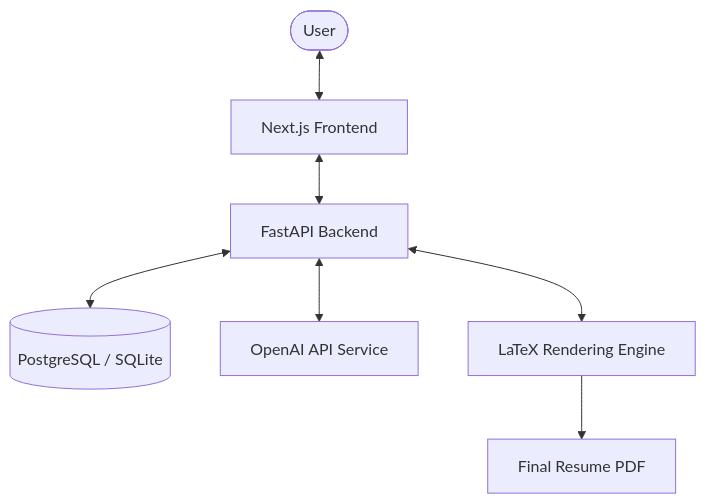
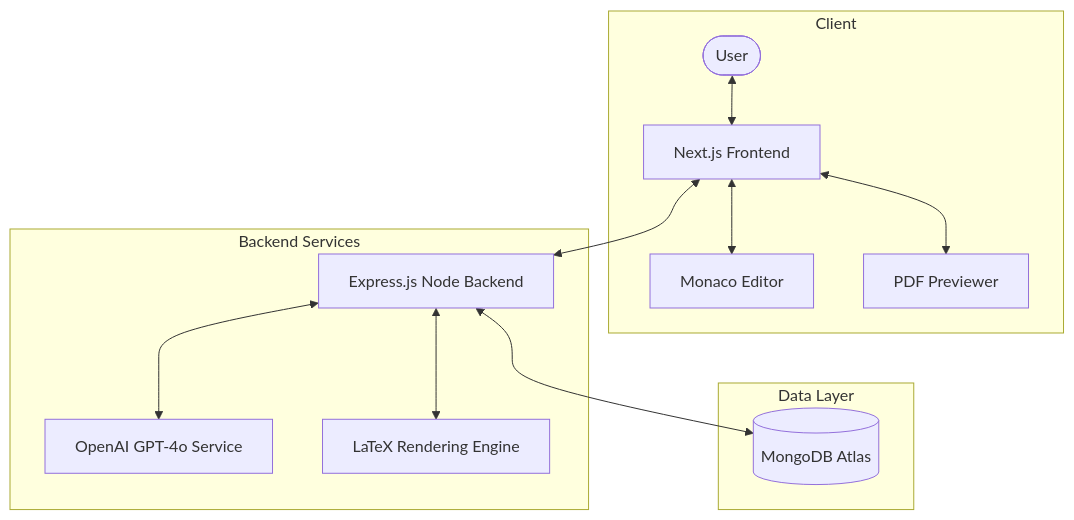
The first of 3 diagrams in README.md (SAMI-CODEAI/Controlled-AI-Resume-Personalization), drawn with Mermaid before and after one commit. The commit also changed other lines of this file, not shown here.

````diff
--- a/README.md
+++ b/README.md
@@ -41,9 +61,16 @@
 ```mermaid
 graph TD
-    User([User]) <--> Frontend[Next.js Frontend]
-    Frontend <--> API[FastAPI Backend]
-    API <--> DB[(PostgreSQL / SQLite)]
-    API <--> AI[OpenAI API Service]
-    API <--> LaTeX[LaTeX Rendering Engine]
-    LaTeX --> PDF[Final Resume PDF]
+    subgraph Client
+        User([User]) <--> Web[Next.js Frontend]
+        Web <--> Monaco[Monaco Editor]
+        Web <--> PDFView[PDF Previewer]
+    end
+    subgraph Backend_Services [Backend Services]
+        Web <--> API[Express.js Node Backend]
+        API <--> LLM[OpenAI GPT-4o Service]
+        API <--> LaTeX[LaTeX Rendering Engine]
+    end
+    subgraph Data_Layer [Data Layer]
+        API <--> DB[(MongoDB Atlas)]
+    end
 ```
````
